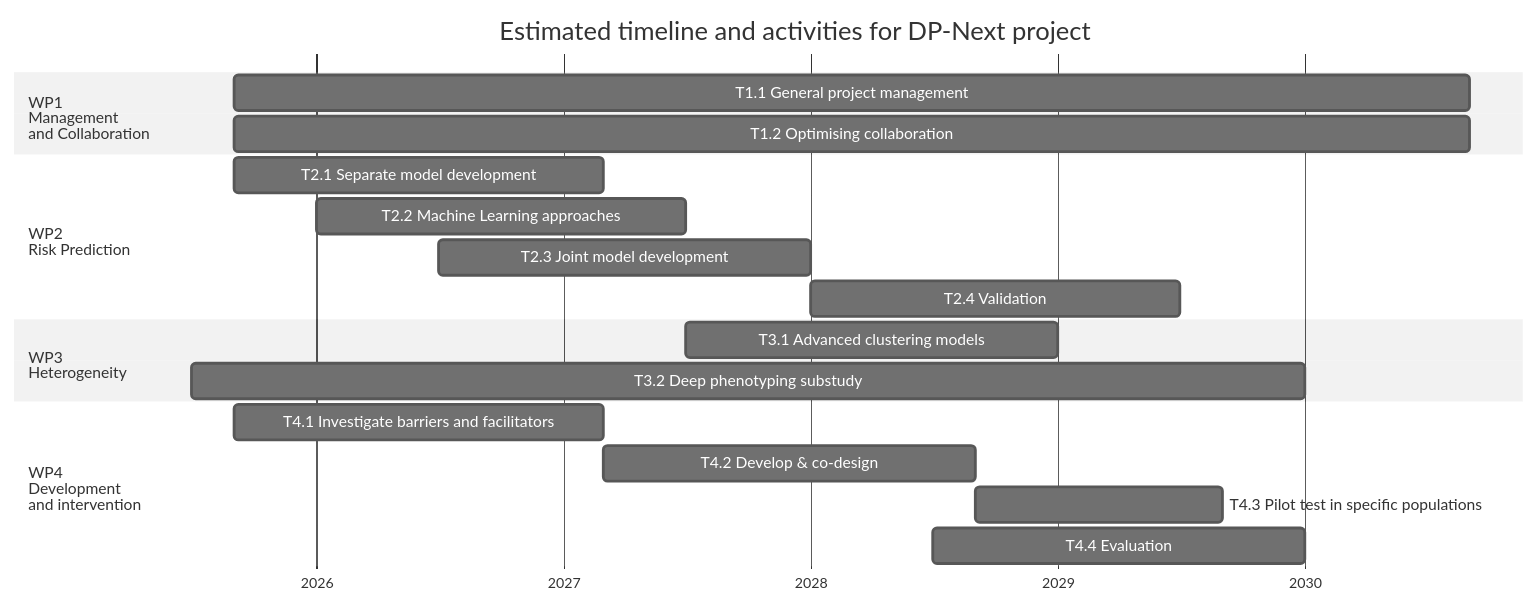
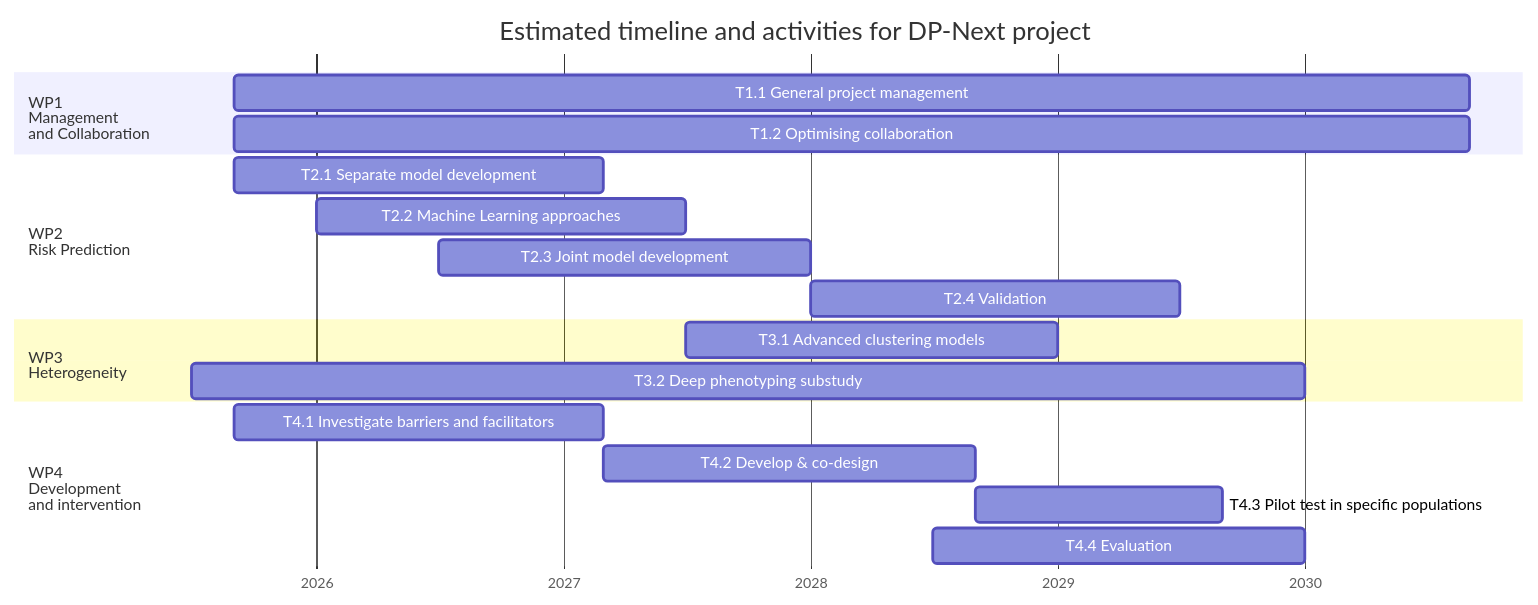
Before and after one commit to dp-next/wp1-ros: the diagram in images/gantt.mmd, drawn with Mermaid. The commit also changed 1 other file, not shown here.

Commit message:
style: :lipstick: use website specific theme for Mermaid diagrams

```diff
--- a/images/gantt.mmd
+++ b/images/gantt.mmd
@@ -1,34 +1,33 @@
 %%{init: {
-  'theme': 'neutral',
   'gantt': {
     'barHeight': 25,
     'leftPadding': 125
   }
 }}%%
 gantt
-    title Estimated timeline and activities for DP-Next project
-    dateFormat  YYYY-MM-DD
-    axisFormat %Y
-    tickInterval 1year
-    todayMarker off
-    %% (`excludes` accepts specific dates in YYYY-MM-DD format, days of the week ("sunday") or "weekends", but not the word "weekdays".)
+  title Estimated timeline and activities for DP-Next project
+  dateFormat  YYYY-MM-DD
+  axisFormat %Y
+  tickInterval 1year
+  todayMarker off
+  %% (`excludes` accepts specific dates in YYYY-MM-DD format, days of the week ("sunday") or "weekends", but not the word "weekdays".)
 
-    section WP1<br>Management<br>and Collaboration
-    T1.1 General project management: t1_1, 2025-09-01, 5y
-    T1.2 Optimising collaboration: t1_2, 2025-09-01, 5y
+  section WP1<br>Management<br>and Collaboration
+  T1.1 General project management: t1_1, 2025-09-01, 5y
+  T1.2 Optimising collaboration: t1_2, 2025-09-01, 5y
 
-    section WP2<br>Risk Prediction
-    T2.1 Separate model development: t2_1, 2025-09-01, 18M
-    T2.2 Machine Learning approaches: t2_2, 2026-01-01, 18M
-    T2.3 Joint model development: t2_3, 2026-07-01, 18M
-    T2.4 Validation: t2_4, 2028-01-01, 18M
+  section WP2<br>Risk Prediction
+  T2.1 Separate model development: t2_1, 2025-09-01, 18M
+  T2.2 Machine Learning approaches: t2_2, 2026-01-01, 18M
+  T2.3 Joint model development: t2_3, 2026-07-01, 18M
+  T2.4 Validation: t2_4, 2028-01-01, 18M
 
-    section WP3<br>Heterogeneity
-    T3.1 Advanced clustering models: t3_1, 2027-07-01, 18M
-    T3.2 Deep phenotyping substudy: t3_2, 2025-07-01, 54M
+  section WP3<br>Heterogeneity
+  T3.1 Advanced clustering models: t3_1, 2027-07-01, 18M
+  T3.2 Deep phenotyping substudy: t3_2, 2025-07-01, 54M
 
-    section WP4<br>Development<br>and intervention
-    T4.1 Investigate barriers and facilitators: t4_1, 2025-09-01, 18M
-    T4.2 Develop & co-design: t4_2, after t4_1, 18M
-    T4.3 Pilot test in specific populations: t4_3, after t4_2, 1y
-    T4.4 Evaluation: t4_4, 2028-07-01, 18M
+  section WP4<br>Development<br>and intervention
+  T4.1 Investigate barriers and facilitators: t4_1, 2025-09-01, 18M
+  T4.2 Develop & co-design: t4_2, after t4_1, 18M
+  T4.3 Pilot test in specific populations: t4_3, after t4_2, 1y
+  T4.4 Evaluation: t4_4, 2028-07-01, 18M
```
